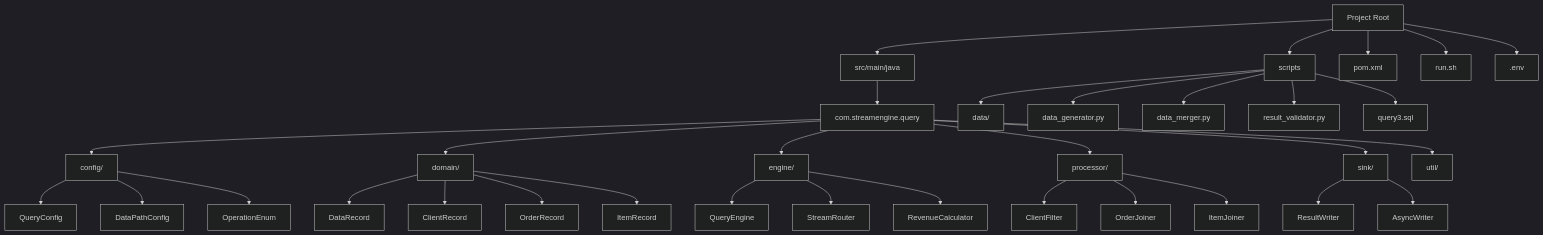
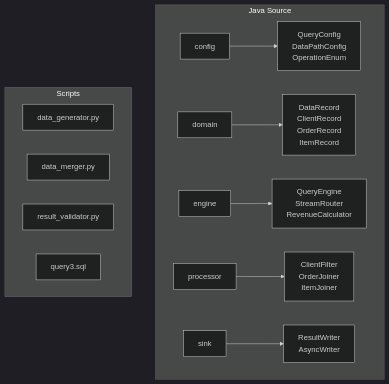
The first of 2 diagrams in README.md (WiteRon/Cquirrel_Indivisual), drawn with Mermaid (dark theme) before and after one commit. The commit also changed other lines of this file, not shown here.

Commit message:
English README

````diff
--- a/README.md
+++ b/README.md
@@ -18,42 +18,17 @@
 ```mermaid
-graph TD
-    A[Project Root] --> B[src/main/java]
-    A --> C[scripts]
-    A --> D[pom.xml]
-    A --> E[run.sh]
-    A --> F[.env]
+graph TB
+    subgraph "Java Source"
+        A[config] --> A1[QueryConfig<br/>DataPathConfig<br/>OperationEnum]
+        B[domain] --> B1[DataRecord<br/>ClientRecord<br/>OrderRecord<br/>ItemRecord]
+        C[engine] --> C1[QueryEngine<br/>StreamRouter<br/>RevenueCalculator]
+        D[processor] --> D1[ClientFilter<br/>OrderJoiner<br/>ItemJoiner]
+        E[sink] --> E1[ResultWriter<br/>AsyncWriter]
+    end
     
-    B --> B1[com.streamengine.query]
-    B1 --> B2[config/]
-    B1 --> B3[domain/]
-    B1 --> B4[engine/]
-    B1 --> B5[processor/]
-    B1 --> B6[sink/]
-    B1 --> B7[util/]
-    
-    C --> C1[data/]
-    C --> C2[data_generator.py]
-    C --> C3[data_merger.py]
-    C --> C4[result_validator.py]
-    C --> C5[query3.sql]
-    
-    B2 --> B2a[QueryConfig]
-    B2 --> B2b[DataPathConfig]
-    B2 --> B2c[OperationEnum]
-    
-    B3 --> B3a[DataRecord]
-    B3 --> B3b[ClientRecord]
-    B3 --> B3c[OrderRecord]
-    B3 --> B3d[ItemRecord]
-    
-    B4 --> B4a[QueryEngine]
-    B4 --> B4b[StreamRouter]
-    B4 --> B4c[RevenueCalculator]
-    
-    B5 --> B5a[ClientFilter]
-    B5 --> B5b[OrderJoiner]
-    B5 --> B5c[ItemJoiner]
-    
-    B6 --> B6a[ResultWriter]
-    B6 --> B6b[AsyncWriter]
+    subgraph "Scripts"
+        F[data_generator.py]
+        G[data_merger.py]
+        H[result_validator.py]
+        I[query3.sql]
+    end
 ```
````
